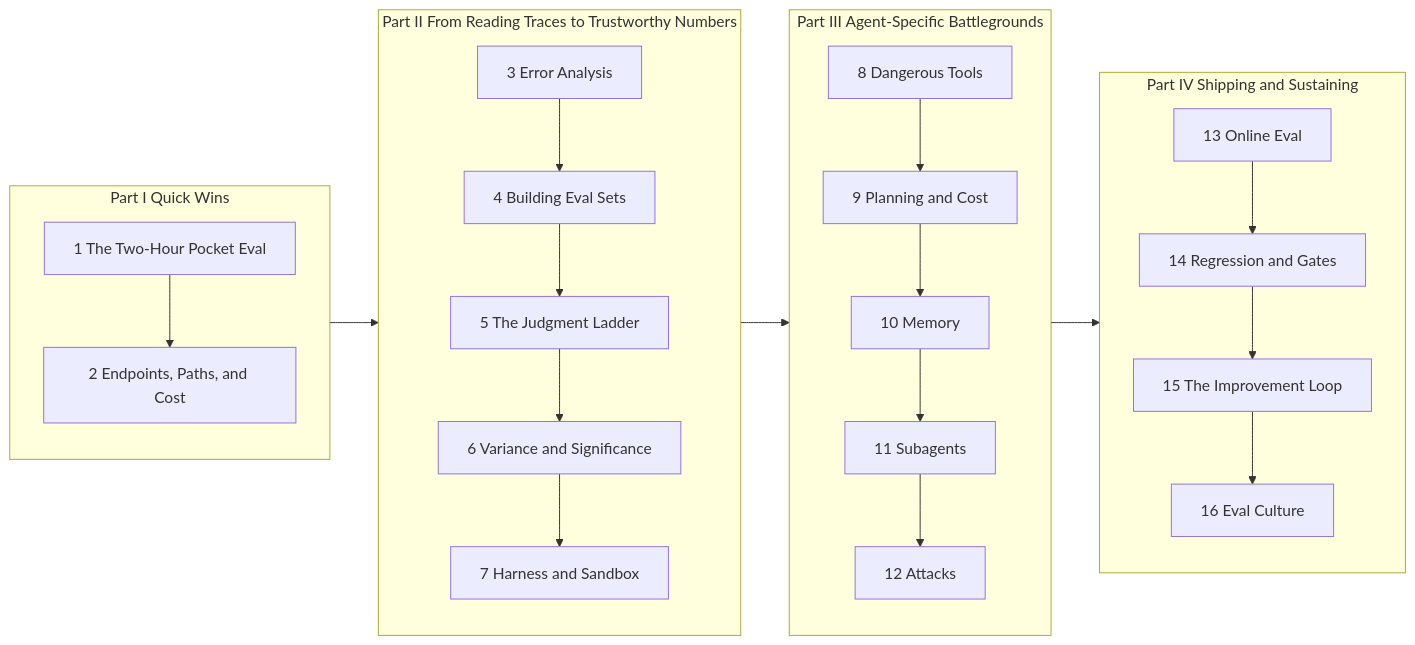
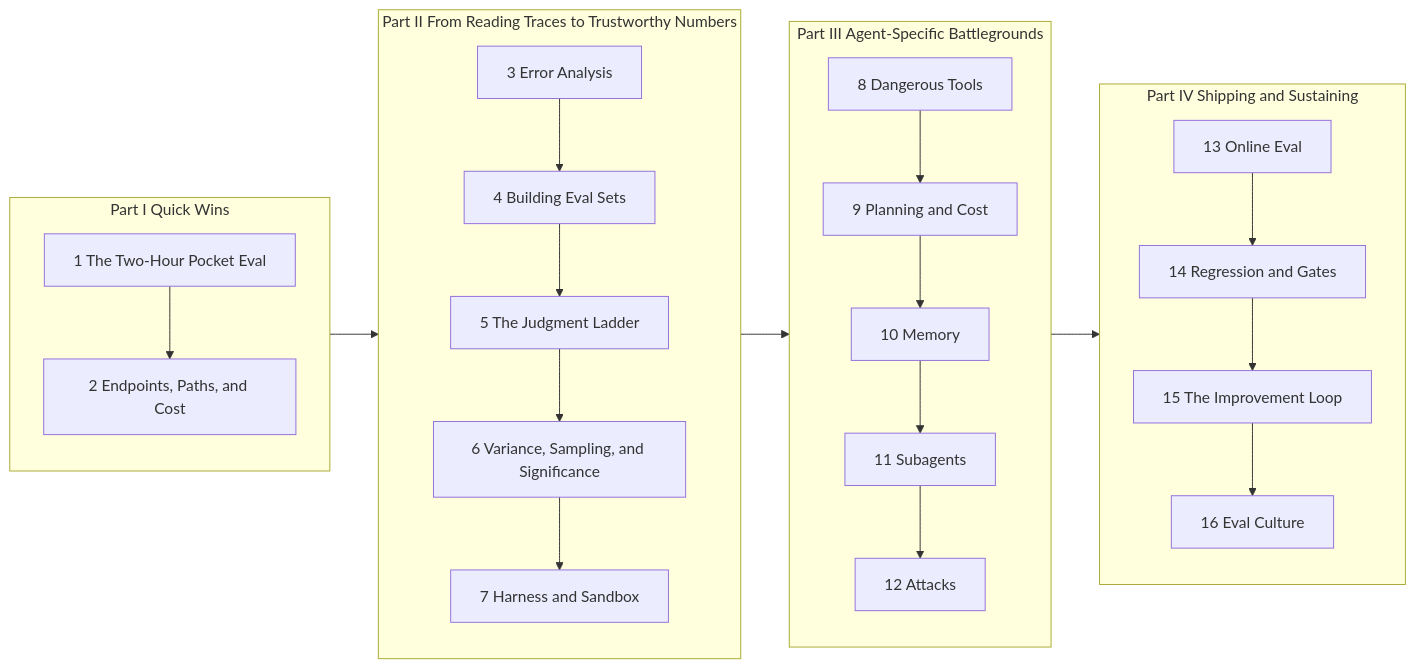
Before and after one commit to hallieren/ai-agent-evaluation: the first of 2 diagrams in docs/index.md, drawn with Mermaid. The commit also changed 2 other files, not shown here.

Commit message:
ch6: align short labels (roadmap, nav, ch2 table) to full 'Variance, Sampling, and Significance'

````diff
--- a/docs/index.md
+++ b/docs/index.md
@@ -40,20 +40,20 @@
 ```mermaid
 flowchart LR
     subgraph P1["Part I Quick Wins"]
         direction TB
         c1["1 The Two-Hour Pocket Eval"] --> c2["2 Endpoints, Paths, and Cost"]
     end
     subgraph P2["Part II From Reading Traces to Trustworthy Numbers"]
         direction TB
-        c3["3 Error Analysis"] --> c4["4 Building Eval Sets"] --> c5["5 The Judgment Ladder"] --> c6["6 Variance and Significance"] --> c7["7 Harness and Sandbox"]
+        c3["3 Error Analysis"] --> c4["4 Building Eval Sets"] --> c5["5 The Judgment Ladder"] --> c6["6 Variance, Sampling, and Significance"] --> c7["7 Harness and Sandbox"]
     end
     subgraph P3["Part III Agent-Specific Battlegrounds"]
         direction TB
         c8["8 Dangerous Tools"] --> c9["9 Planning and Cost"] --> c10["10 Memory"] --> c11["11 Subagents"] --> c12["12 Attacks"]
     end
     subgraph P4["Part IV Shipping and Sustaining"]
         direction TB
         c13["13 Online Eval"] --> c14["14 Regression and Gates"] --> c15["15 The Improvement Loop"] --> c16["16 Eval Culture"]
     end
     P1 --> P2 --> P3 --> P4
 ```
````
